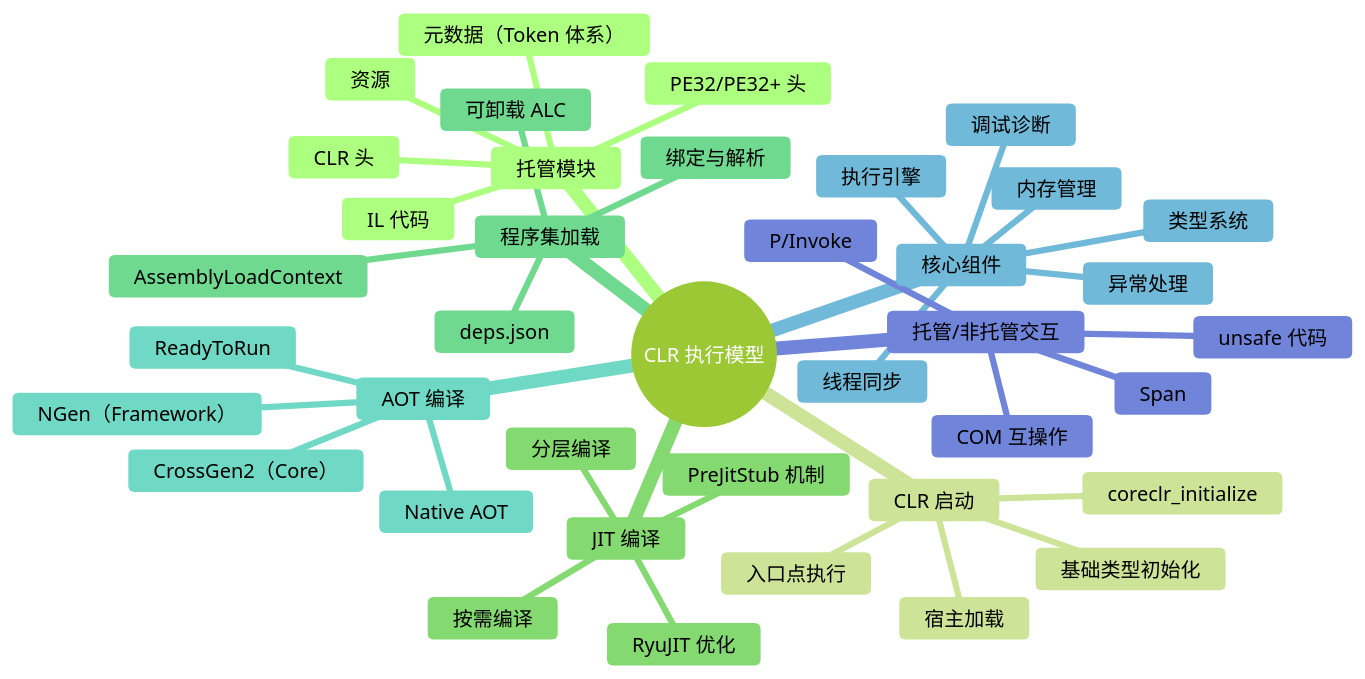
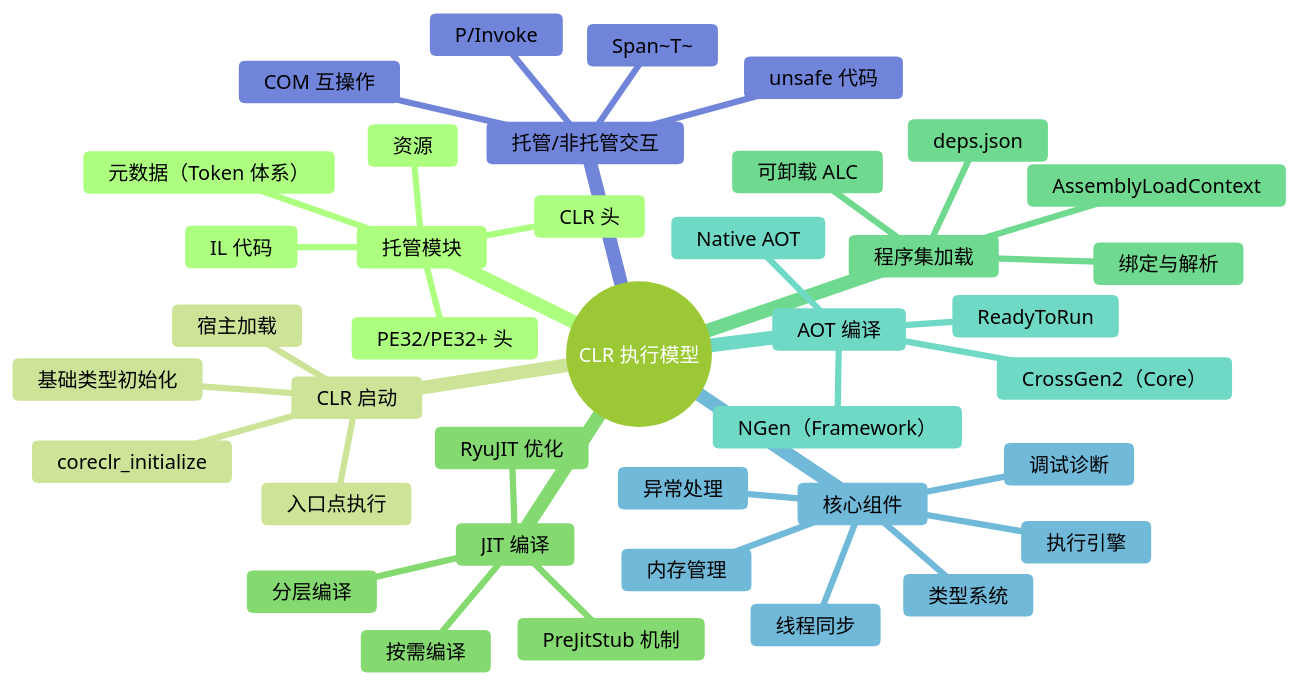
One commit to moklgydocs/moklgydocs.github.io changed diagram 14 of 14 in src/后端开发/CSharp/CLR深度/01_CLR基础与类型系统/01_CLR执行模型与核心组件.md. Above: the diagram before and after it, drawn with Mermaid (forest theme). The commit also changed other lines of this file and 32 other files, not shown here.

````diff
--- a/src/后端开发/CSharp/CLR深度/01_CLR基础与类型系统/01_CLR执行模型与核心组件.md
+++ b/src/后端开发/CSharp/CLR深度/01_CLR基础与类型系统/01_CLR执行模型与核心组件.md
@@ -1492,42 +1493,42 @@
 ```mermaid
 mindmap
   root((CLR 执行模型))
     托管模块
       PE32/PE32+ 头
       CLR 头
       元数据（Token 体系）
       IL 代码
       资源
     CLR 启动
       宿主加载
       coreclr_initialize
       基础类型初始化
       入口点执行
     JIT 编译
       按需编译
       PreJitStub 机制
       RyuJIT 优化
       分层编译
     程序集加载
       AssemblyLoadContext
       绑定与解析
       deps.json
       可卸载 ALC
     AOT 编译
       NGen（Framework）
       CrossGen2（Core）
       ReadyToRun
       Native AOT
     核心组件
       类型系统
       执行引擎
       内存管理
       线程同步
       异常处理
       调试诊断
     托管/非托管交互
       P/Invoke
       COM 互操作
       unsafe 代码
-      Span<T>
+      Span~T~
 ```
````
